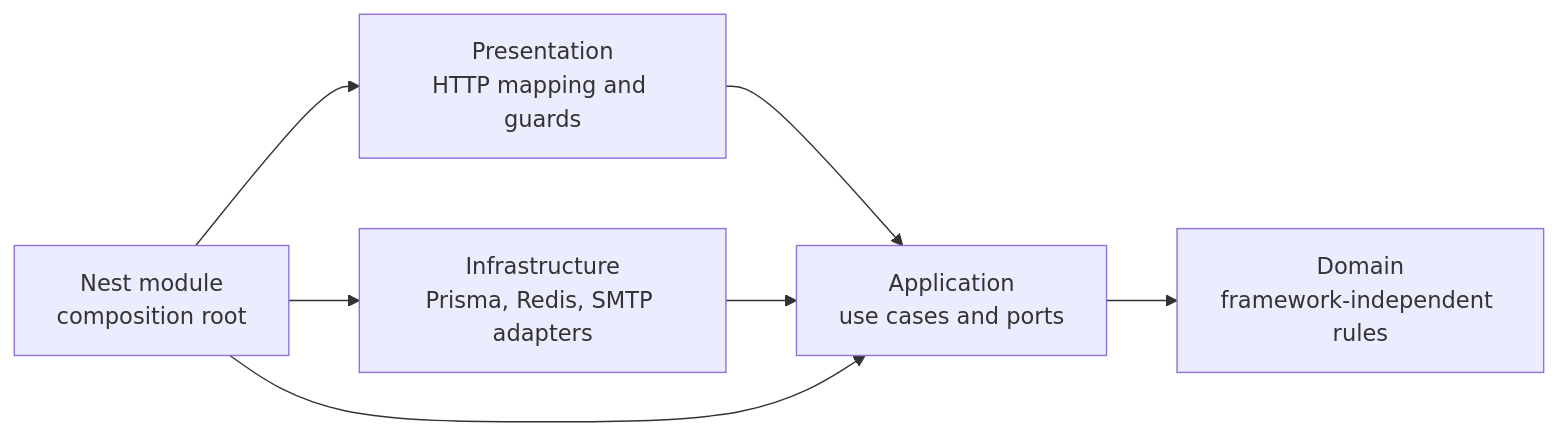
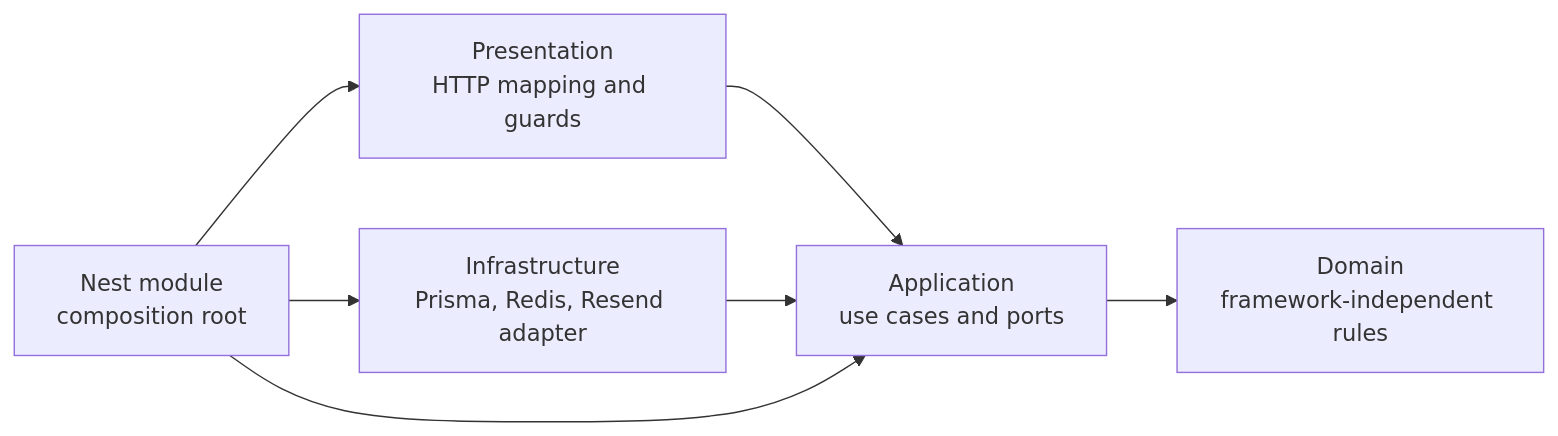
The diagram in docs/concepts/architecture-overview.md (KasraK2K/nexora-platform-core), drawn with Mermaid before and after one commit. The commit also changed 28 other files, not shown here.

````diff
--- a/docs/concepts/architecture-overview.md
+++ b/docs/concepts/architecture-overview.md
@@ -24,9 +24,9 @@
 ```mermaid
 flowchart LR
     Presentation["Presentation<br/>HTTP mapping and guards"] --> Application["Application<br/>use cases and ports"]
     Application --> Domain["Domain<br/>framework-independent rules"]
-    Infrastructure["Infrastructure<br/>Prisma, Redis, SMTP adapters"] --> Application
+    Infrastructure["Infrastructure<br/>Prisma, Redis, Resend adapter"] --> Application
     Composition["Nest module<br/>composition root"] --> Presentation
     Composition --> Application
     Composition --> Infrastructure
 ```
````
